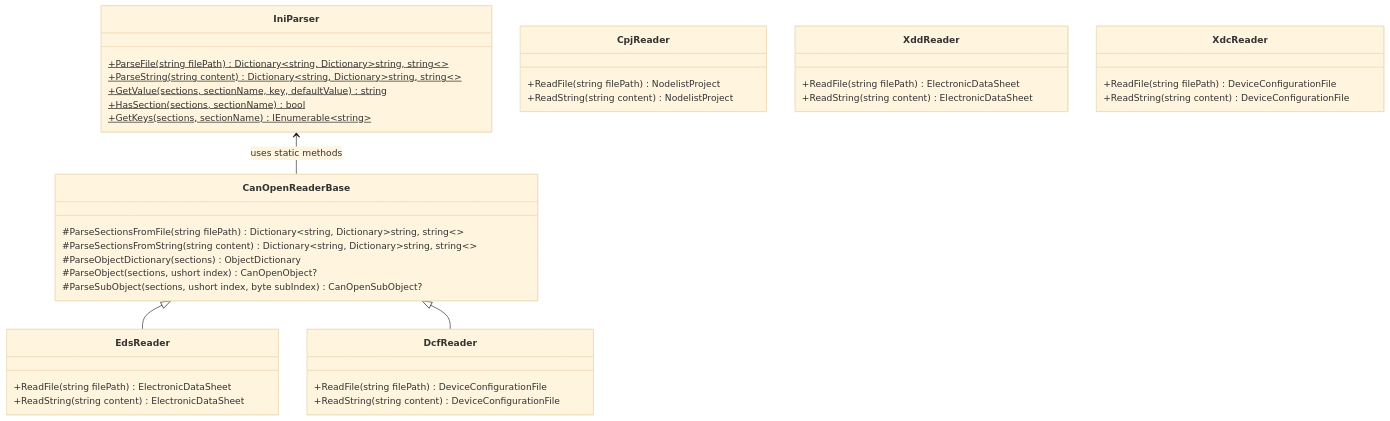
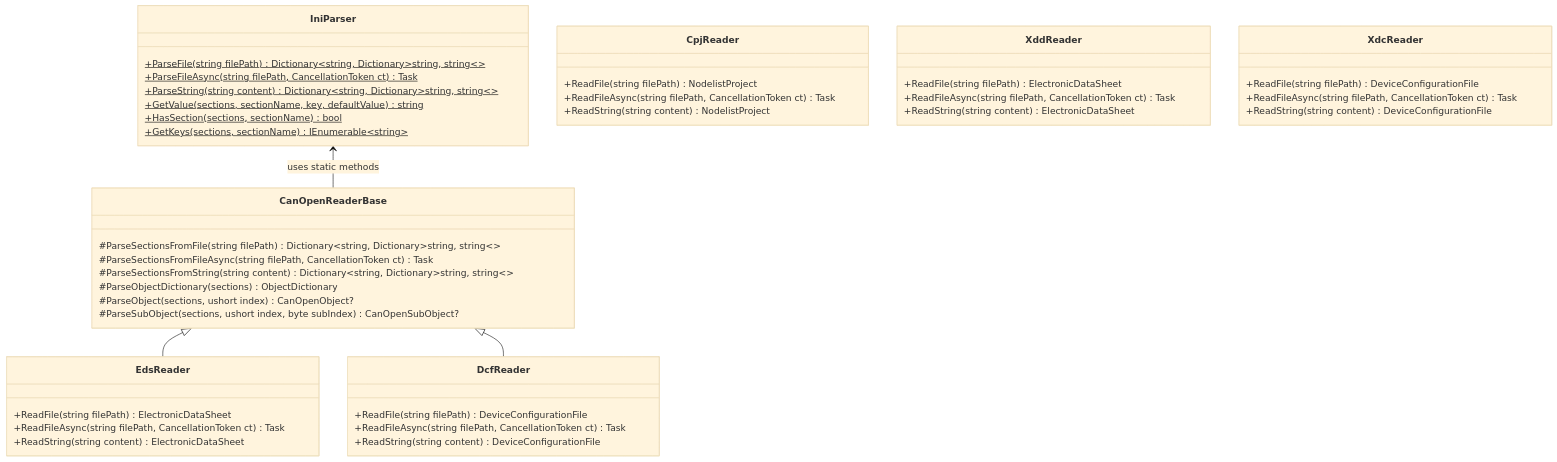
One commit to dborgards/eds-dcf-net changed the second of 7 diagrams in docs/architecture/05-building-block-view.md. Above: the diagram before and after it, drawn with Mermaid (base theme). The commit also changed other lines of this file and 27 other files, not shown here.

First line of the commit message:
feat(io): add async read/write APIs for CANopen files (#94)

````diff
--- a/docs/architecture/05-building-block-view.md
+++ b/docs/architecture/05-building-block-view.md
@@ -60,47 +60,54 @@
 ```mermaid
 classDiagram
     class IniParser {
         +ParseFile(string filePath) Dictionary~string, Dictionary~string, string~~$
+        +ParseFileAsync(string filePath, CancellationToken ct) Task$
         +ParseString(string content) Dictionary~string, Dictionary~string, string~~$
         +GetValue(sections, sectionName, key, defaultValue) string$
         +HasSection(sections, sectionName) bool$
         +GetKeys(sections, sectionName) IEnumerable~string~$
     }
 
     class CanOpenReaderBase {
         #ParseSectionsFromFile(string filePath) Dictionary~string, Dictionary~string, string~~
+        #ParseSectionsFromFileAsync(string filePath, CancellationToken ct) Task
         #ParseSectionsFromString(string content) Dictionary~string, Dictionary~string, string~~
         #ParseObjectDictionary(sections) ObjectDictionary
         #ParseObject(sections, ushort index) CanOpenObject?
         #ParseSubObject(sections, ushort index, byte subIndex) CanOpenSubObject?
     }
 
     class EdsReader {
         +ReadFile(string filePath) ElectronicDataSheet
+        +ReadFileAsync(string filePath, CancellationToken ct) Task
         +ReadString(string content) ElectronicDataSheet
     }
 
     class DcfReader {
         +ReadFile(string filePath) DeviceConfigurationFile
+        +ReadFileAsync(string filePath, CancellationToken ct) Task
         +ReadString(string content) DeviceConfigurationFile
     }
 
     class CpjReader {
         +ReadFile(string filePath) NodelistProject
+        +ReadFileAsync(string filePath, CancellationToken ct) Task
         +ReadString(string content) NodelistProject
     }
 
     class XddReader {
         +ReadFile(string filePath) ElectronicDataSheet
+        +ReadFileAsync(string filePath, CancellationToken ct) Task
         +ReadString(string content) ElectronicDataSheet
     }
 
     class XdcReader {
         +ReadFile(string filePath) DeviceConfigurationFile
+        +ReadFileAsync(string filePath, CancellationToken ct) Task
         +ReadString(string content) DeviceConfigurationFile
     }
 
     IniParser <-- CanOpenReaderBase : uses static methods
     CanOpenReaderBase <|-- EdsReader
     CanOpenReaderBase <|-- DcfReader
 ```
````
